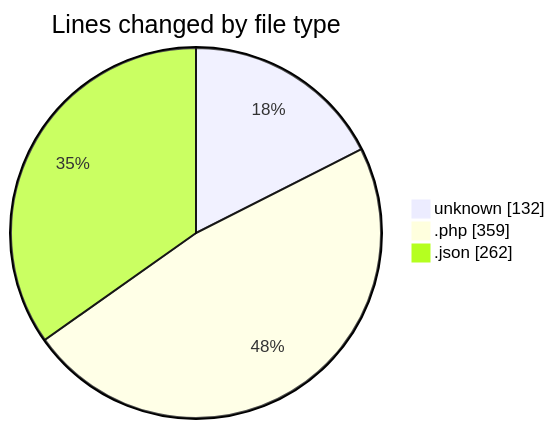
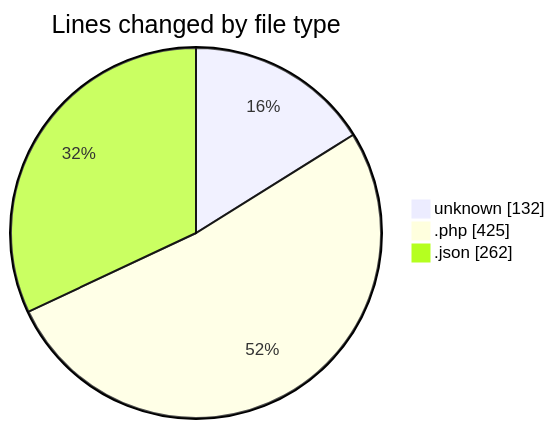
The first of 2 diagrams in 2025-11-13/futsal-recommender/README.md (idhammustaqopulfikri/code-tracking), drawn with Mermaid before and after one commit. The commit also changed other lines of this file and 1 other file, not shown here.

````diff
--- a/2025-11-13/futsal-recommender/README.md
+++ b/2025-11-13/futsal-recommender/README.md
@@ -27,7 +28,7 @@
 ```mermaid
 pie showData
 title Lines changed by file type
 "unknown" : 132
-".php" : 359
+".php" : 425
 ".json" : 262
 ```
````
